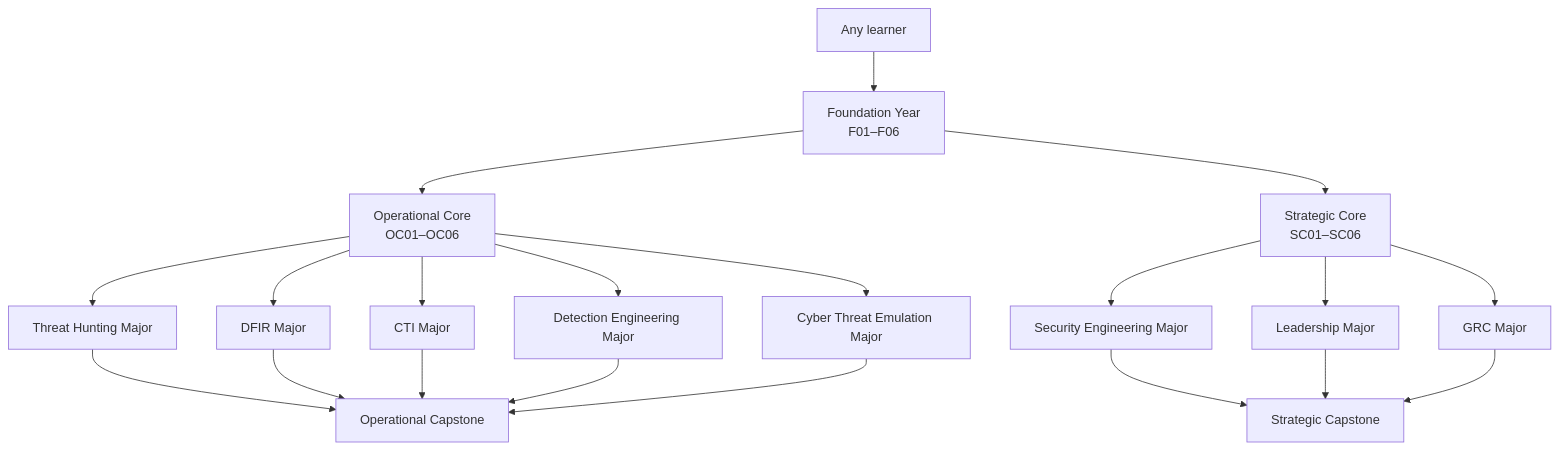
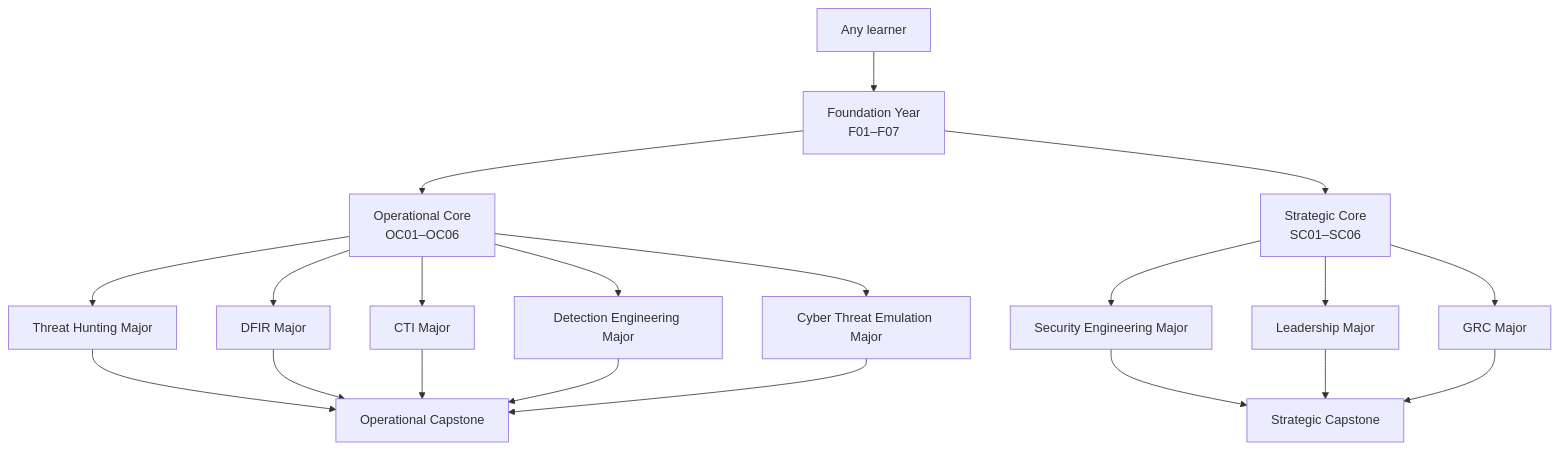
Before and after one commit to dev-nobytes-io/Open-source-cybersecurity-degree-australia-: diagram 14 of 14 in docs/structure.md, drawn with Mermaid. The commit also changed other lines of this file and 7 other files, not shown here.

````diff
--- a/docs/structure.md
+++ b/docs/structure.md
@@ -375,16 +378,16 @@
 ```mermaid
 graph TD
-    ANY["Any learner"] --> F["Foundation Year<br/>F01–F06"]
+    ANY["Any learner"] --> F["Foundation Year<br/>F01–F07"]
     F --> OC["Operational Core<br/>OC01–OC06"]
     F --> SC["Strategic Core<br/>SC01–SC06"]
     OC --> TH["Threat Hunting Major"]
     OC --> DFIR["DFIR Major"]
     OC --> CTI["CTI Major"]
     OC --> DE["Detection Engineering Major"]
     OC --> CTE["Cyber Threat Emulation Major"]
     SC --> SENG["Security Engineering Major"]
     SC --> LD["Leadership Major"]
     SC --> GRC["GRC Major"]
     TH & DFIR & CTI & DE & CTE --> CAP_OP["Operational Capstone"]
     SENG & LD & GRC --> CAP_ST["Strategic Capstone"]
 ```
````
